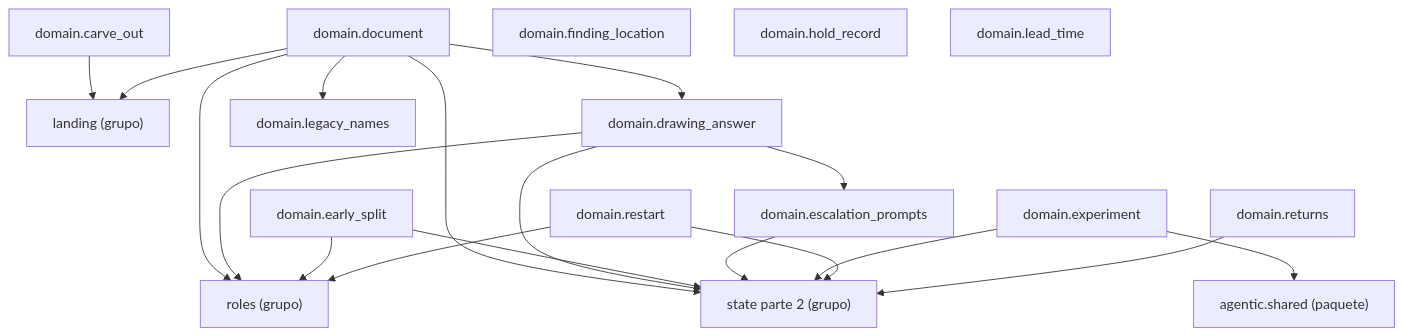
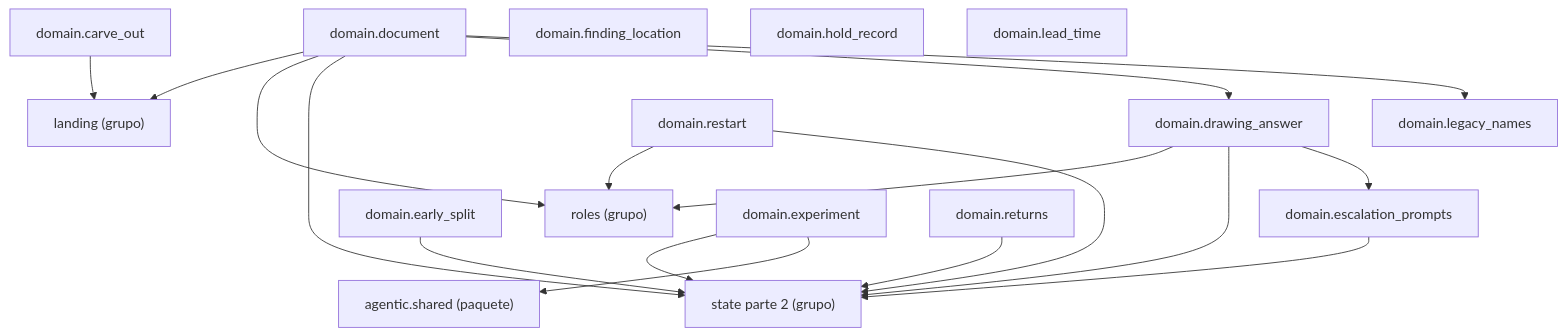
One commit to GonzaloZevallos/agentic-system changed the diagram in docs/architecture/generated/packages-process-domain-state-1.md. Above: the diagram before and after it, drawn with Mermaid. The commit also changed 4 other files, not shown here.

Commit message:
Regenerate the architecture docs for the definition sizer and the moved predicate

````diff
--- a/docs/architecture/generated/packages-process-domain-state-1.md
+++ b/docs/architecture/generated/packages-process-domain-state-1.md
@@ -12,36 +12,35 @@
 ```mermaid
 graph TD
     g_domain__landing["landing (grupo)"]
     g_domain__roles["roles (grupo)"]
     g_domain__state__2["state parte 2 (grupo)"]
     g_pkg__agentic__shared["agentic.shared (paquete)"]
     m_domain__carve_out["domain.carve_out"]
     m_domain__document["domain.document"]
     m_domain__drawing_answer["domain.drawing_answer"]
     m_domain__early_split["domain.early_split"]
     m_domain__escalation_prompts["domain.escalation_prompts"]
     m_domain__experiment["domain.experiment"]
     m_domain__finding_location["domain.finding_location"]
     m_domain__hold_record["domain.hold_record"]
     m_domain__lead_time["domain.lead_time"]
     m_domain__legacy_names["domain.legacy_names"]
     m_domain__restart["domain.restart"]
     m_domain__returns["domain.returns"]
     m_domain__carve_out --> g_domain__landing
     m_domain__document --> g_domain__landing
     m_domain__document --> g_domain__roles
     m_domain__document --> g_domain__state__2
     m_domain__document --> m_domain__drawing_answer
     m_domain__document --> m_domain__legacy_names
     m_domain__drawing_answer --> g_domain__roles
     m_domain__drawing_answer --> g_domain__state__2
     m_domain__drawing_answer --> m_domain__escalation_prompts
-    m_domain__early_split --> g_domain__roles
     m_domain__early_split --> g_domain__state__2
     m_domain__escalation_prompts --> g_domain__state__2
     m_domain__experiment --> g_domain__state__2
     m_domain__experiment --> g_pkg__agentic__shared
     m_domain__restart --> g_domain__roles
     m_domain__restart --> g_domain__state__2
     m_domain__returns --> g_domain__state__2
 ```
````
